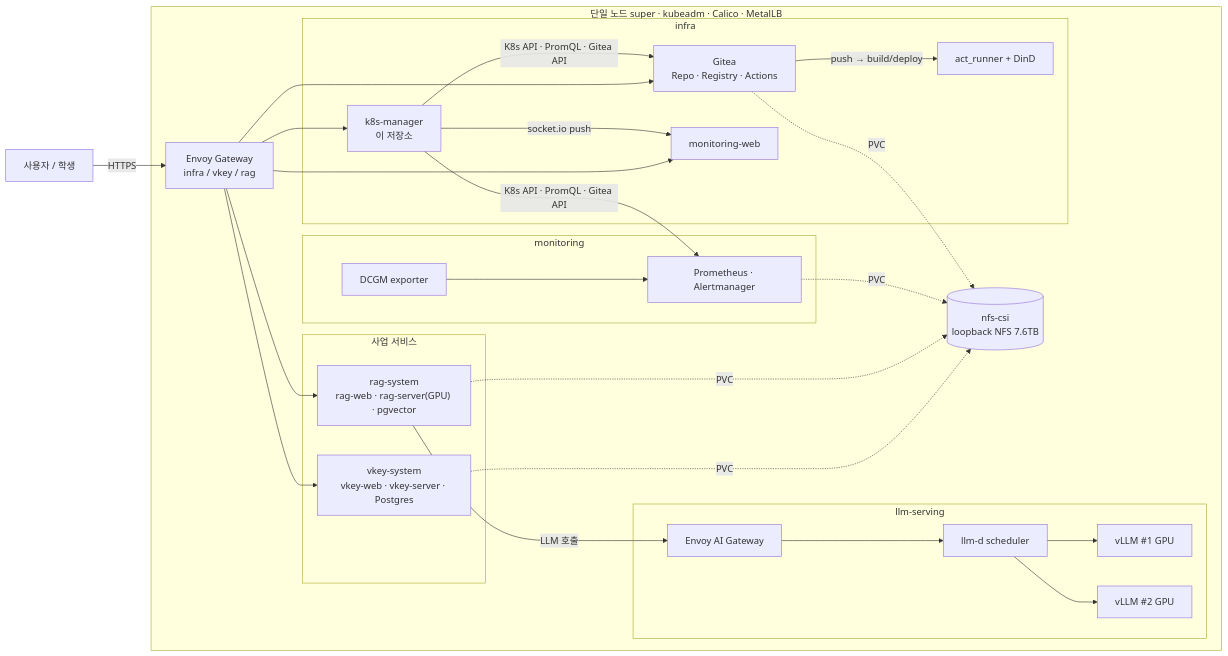
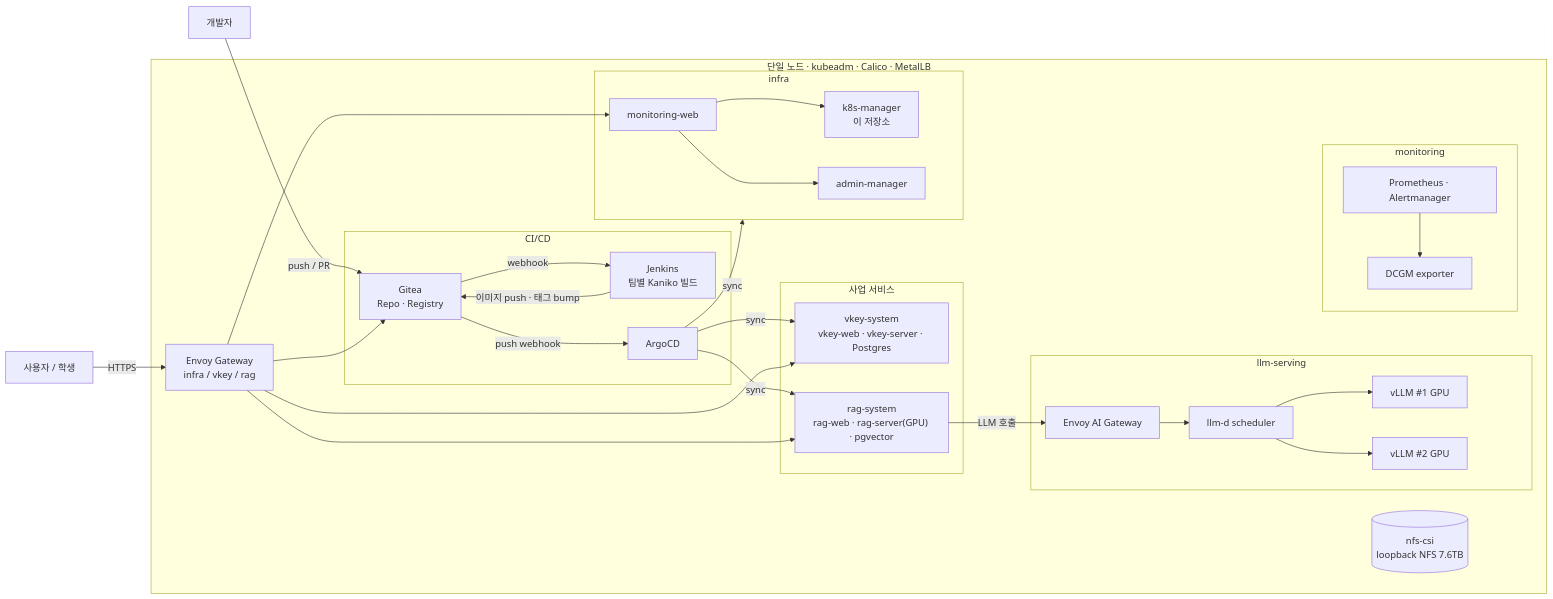
Before and after one commit to milk024/k8s-manager: the diagram in README.md, drawn with Mermaid. The commit also changed other lines of this file and 53 other files, not shown here.

````diff
--- a/README.md
+++ b/README.md
@@ -27,34 +36,38 @@
 ```mermaid
 flowchart LR
     U[사용자 / 학생] -->|HTTPS| GW
+    DEV[개발자] -->|push / PR| GT
 
-    subgraph Node["단일 노드 super · kubeadm · Calico · MetalLB"]
+    subgraph Node["단일 노드 · kubeadm · Calico · MetalLB"]
         GW[Envoy Gateway<br/>infra / vkey / rag]
         subgraph biz["사업 서비스"]
             VK[vkey-system<br/>vkey-web · vkey-server · Postgres]
             RG["rag-system<br/>rag-web · rag-server(GPU) · pgvector"]
         end
         subgraph llm["llm-serving"]
             AIGW[Envoy AI Gateway] --> SCH[llm-d scheduler] --> V1[vLLM #1 GPU] & V2[vLLM #2 GPU]
         end
+        subgraph cicd["CI/CD"]
+            GT[Gitea<br/>Repo · Registry]
+            JK[Jenkins<br/>팀별 Kaniko 빌드]
+            AC[ArgoCD]
+        end
         subgraph infra["infra"]
-            GT[Gitea<br/>Repo · Registry · Actions]
-            RN[act_runner + DinD]
             KM[k8s-manager<br/>이 저장소]
+            AM[admin-manager]
             MW[monitoring-web]
         end
         subgraph mon["monitoring"]
             PR[Prometheus · Alertmanager]
             DC[DCGM exporter]
         end
         NFS[(nfs-csi<br/>loopback NFS 7.6TB)]
     end
 
-    GW --> VK & RG & GT & KM & MW
+    GT -->|webhook| JK -->|이미지 push · 태그 bump| GT
+    GT -->|push webhook| AC -->|sync| VK & RG & infra
+    GW --> VK & RG & GT & MW
+    MW --> KM & AM
     RG -->|LLM 호출| AIGW
-    GT -->|push → build/deploy| RN
-    KM -->|K8s API · PromQL · Gitea API| PR & GT
-    KM -->|socket.io push| MW
-    DC --> PR
-    VK & RG & GT & PR -.PVC.-> NFS
+    PR --> DC
 ```
````
